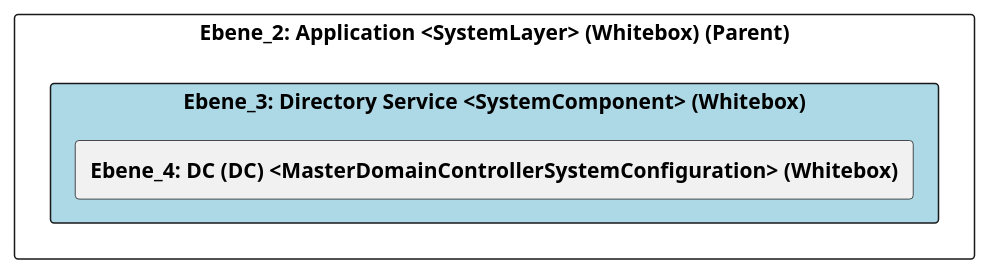
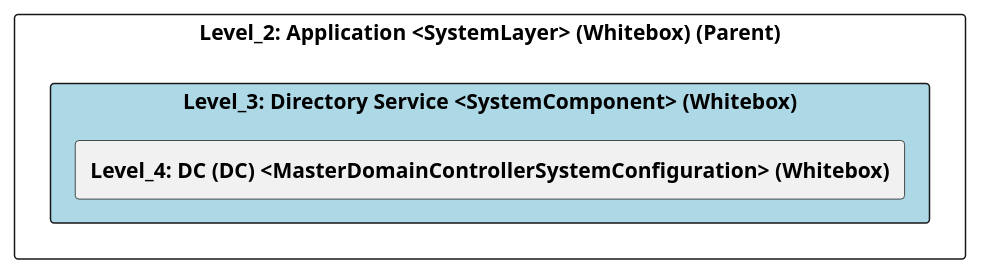
The diagram in src/cleon.architecturemethods.arc42.sample/doc/cleon_architecturemethods_arc42_sample_system/adoc/de/05_bausteinsicht/ikt/application/directory_service/ebene_3_directory service.adoc (marcozwyssig/cleon), drawn with PlantUML before and after one commit. The commit also changed other lines of this file and 83 other files, not shown here.

```diff
--- a/src/cleon.architecturemethods.arc42.sample/doc/cleon_architecturemethods_arc42_sample_system/adoc/de/05_bausteinsicht/ikt/application/directory_service/ebene_3_directory service.adoc
+++ b/src/cleon.architecturemethods.arc42.sample/doc/cleon_architecturemethods_arc42_sample_system/adoc/de/05_bausteinsicht/ikt/application/directory_service/ebene_3_directory service.adoc
@@ -24,24 +24,24 @@
-[plantuml, Ebene_3: Directory Service <SystemComponent> (Whitebox)BlockOverview, format="svg"]
+[plantuml, Level_3: Directory Service <SystemComponent> (Whitebox)BlockOverview, format="svg"]
 ----
-@startuml Ebene_3: Directory Service <SystemComponent> (Whitebox)BuildingBlockOverview
+@startuml Level_3: Directory Service <SystemComponent> (Whitebox)BuildingBlockOverview
 
 skinparam ranksep 10
 skinparam componentStyle rectangle
 skinparam shadowing false
 skinparam arrowColor lightblue
 skinparam arrowThickness 1.2
 skinparam rectangle {
   BackgroundColor White
   BorderColor #333
   RoundCorner 10
 }
 top to bottom direction
 
-component "Ebene_2: Application <SystemLayer> (Whitebox) (Parent)" {
-    component "Ebene_3: Directory Service <SystemComponent> (Whitebox)" #lightblue {
-        [**Ebene_4: DC (DC) <MasterDomainControllerSystemConfiguration> (Whitebox)**] as 8C664CF7_219A_11F0_83AE_DF5418A109A4
+component "Level_2: Application <SystemLayer> (Whitebox) (Parent)" {
+    component "Level_3: Directory Service <SystemComponent> (Whitebox)" #lightblue {
+        [**Level_4: DC (DC) <MasterDomainControllerSystemConfiguration> (Whitebox)**] as 8C664CF7_219A_11F0_83AE_DF5418A109A4
     }
 }
 
 @enduml
 ----
```
